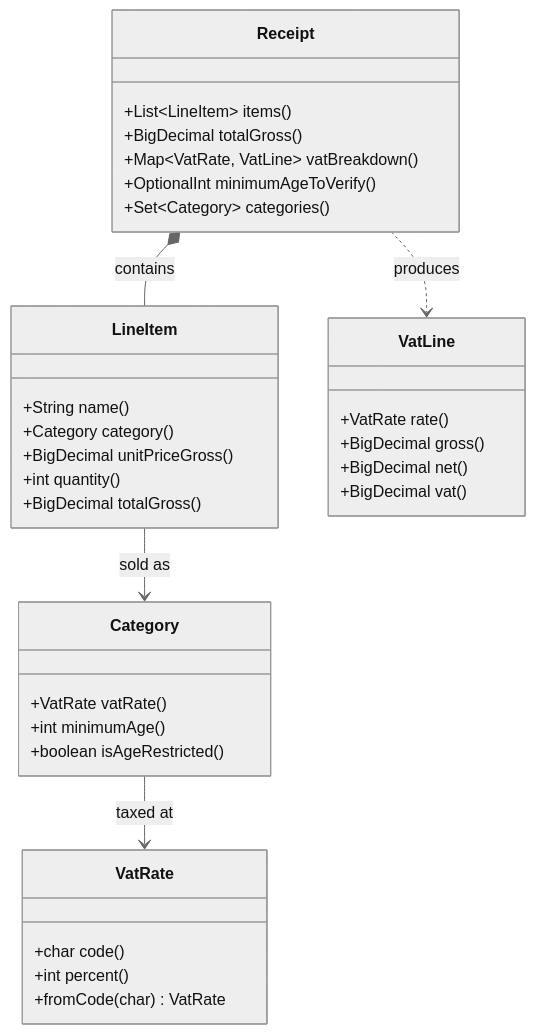
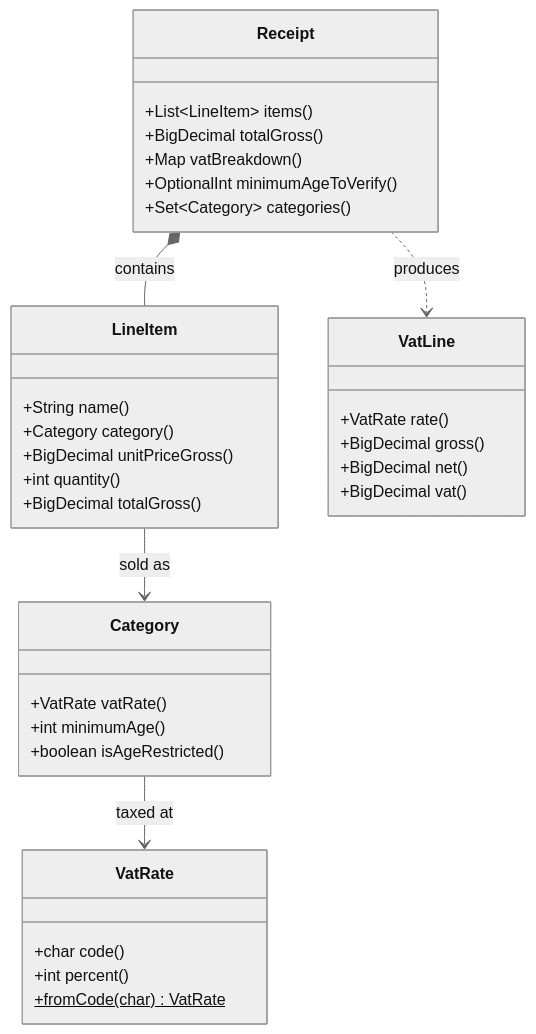
The diagram in tasks/13-receipt-enums.md (Chris013/java-practice), drawn with Mermaid (neutral theme) before and after one commit. The commit also changed other lines of this file and 1 other file, not shown here.

````diff
--- a/tasks/13-receipt-enums.md
+++ b/tasks/13-receipt-enums.md
@@ -45,37 +45,37 @@
 ```mermaid
 classDiagram
     class Receipt {
         +List~LineItem~ items()
         +BigDecimal totalGross()
-        +Map~VatRate, VatLine~ vatBreakdown()
+        +Map vatBreakdown()
         +OptionalInt minimumAgeToVerify()
         +Set~Category~ categories()
     }
     class LineItem {
         +String name()
         +Category category()
         +BigDecimal unitPriceGross()
         +int quantity()
         +BigDecimal totalGross()
     }
     class Category {
         +VatRate vatRate()
         +int minimumAge()
         +boolean isAgeRestricted()
     }
     class VatRate {
         +char code()
         +int percent()
-        +fromCode(char) VatRate
+        +fromCode(char)$ VatRate
     }
     class VatLine {
         +VatRate rate()
         +BigDecimal gross()
         +BigDecimal net()
         +BigDecimal vat()
     }
     Receipt *-- LineItem : contains
     LineItem --> Category : sold as
     Category --> VatRate : taxed at
     Receipt ..> VatLine : produces
 ```
````
